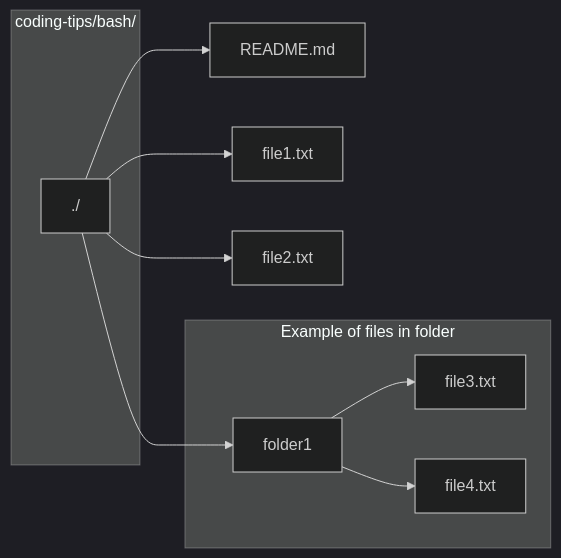
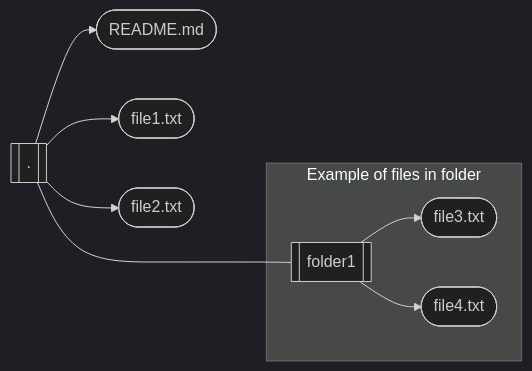
One commit to suasuasuasuasua/cs-tips changed the diagram in bash/README.md. Above: the diagram before and after it, drawn with Mermaid (dark theme).

Commit message:
Trying new shapes for the folders and files Moved folder off to the side

````diff
--- a/bash/README.md
+++ b/bash/README.md
@@ -19,14 +19,11 @@
 ```mermaid
 flowchart LR
-  subgraph rootG[ coding-tips/bash/ ]
-    root[./ ]
-  end
-  root --> 1[README.md]
-  root --> 2[file1.txt]
-  root --> 3[file2.txt]
-  root --> 4[folder1]
+  root[[.]] --> 1([README.md])
+  root      --> 2([file1.txt])
+  root      --> 3([file2.txt])
+  root      ---- 4[[folder1]]
   subgraph 4g[Example of files in folder]
-    4 --> 41[file3.txt]
-    4 --> 42[file4.txt]
+    4 --> 41([file3.txt])
+    4 --> 42([file4.txt])
   end
 ```
````
